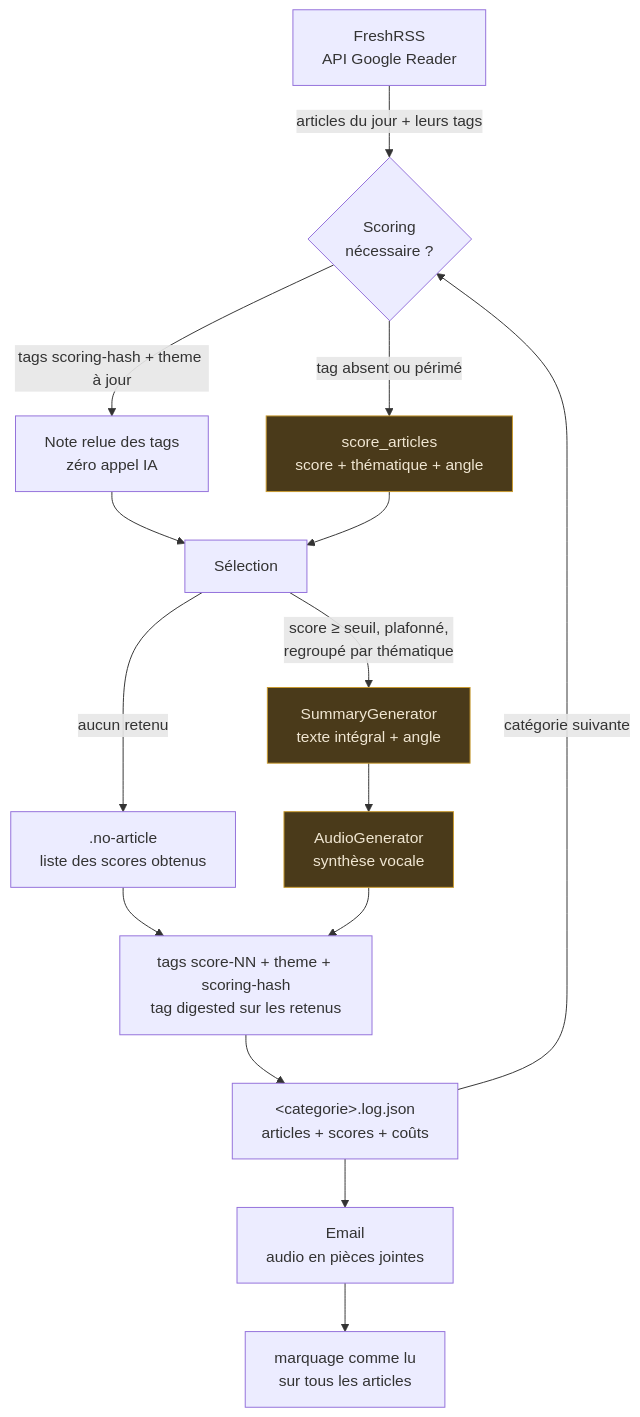
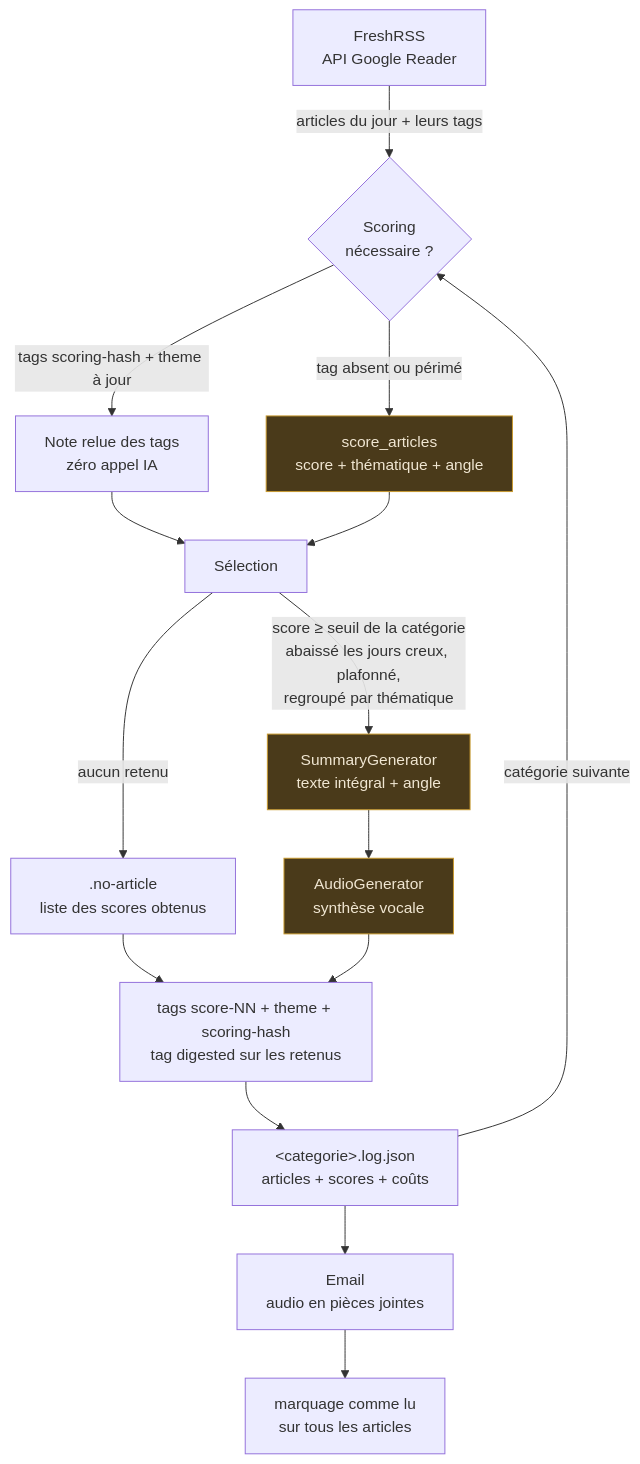
One commit to odrix/RSSResume changed the first of 2 diagrams in FONCTIONNEMENT.md. Above: the diagram before and after it, drawn with Mermaid. The commit also changed other lines of this file and 14 other files, not shown here.

````diff
--- a/FONCTIONNEMENT.md
+++ b/FONCTIONNEMENT.md
@@ -8,24 +8,24 @@
 ```mermaid
 flowchart TD
     A[FreshRSS<br/>API Google Reader] -->|articles du jour + leurs tags| B{Scoring<br/>nécessaire ?}
 
     B -->|tags scoring-hash + theme à jour| C[Note relue des tags<br/>zéro appel IA]
     B -->|tag absent ou périmé| D[score_articles<br/>score + thématique + angle]
 
     C --> E[Sélection]
     D --> E
 
-    E -->|score ≥ seuil, plafonné,<br/>regroupé par thématique| F[SummaryGenerator<br/>texte intégral + angle]
+    E -->|score ≥ seuil de la catégorie<br/>abaissé les jours creux, plafonné,<br/>regroupé par thématique| F[SummaryGenerator<br/>texte intégral + angle]
     E -->|aucun retenu| N[".no-article<br/>liste des scores obtenus"]
     N --> T
     F --> G[AudioGenerator<br/>synthèse vocale]
     G --> T[tags score-NN + theme + scoring-hash<br/>tag digested sur les retenus]
     T --> J["&lt;categorie&gt;.log.json<br/>articles + scores + coûts"]
     J -->|catégorie suivante| B
     J --> H[Email<br/>audio en pièces jointes]
     H --> L[marquage comme lu<br/>sur tous les articles]
 
     style D fill:#4a3a1a,stroke:#c99a2e,color:#f0e6d2
     style F fill:#4a3a1a,stroke:#c99a2e,color:#f0e6d2
     style G fill:#4a3a1a,stroke:#c99a2e,color:#f0e6d2
 ```
````
